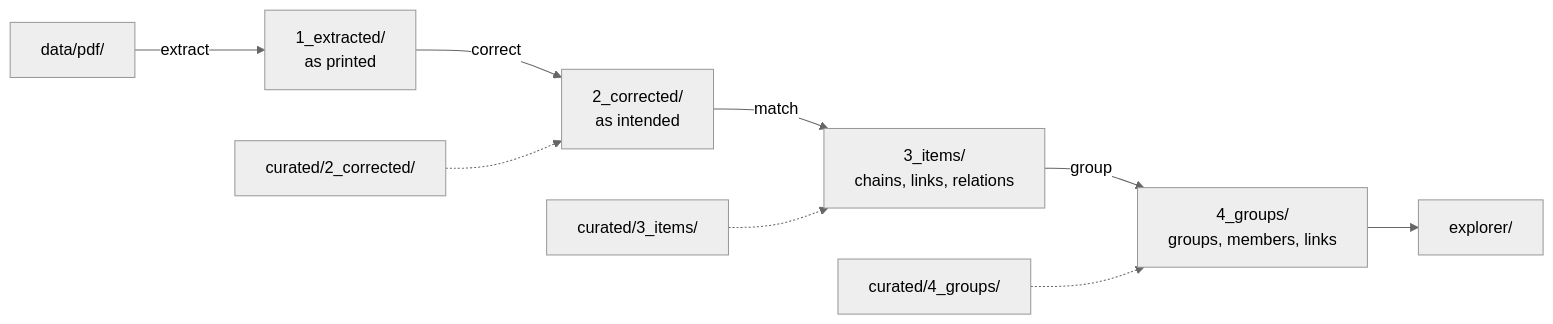
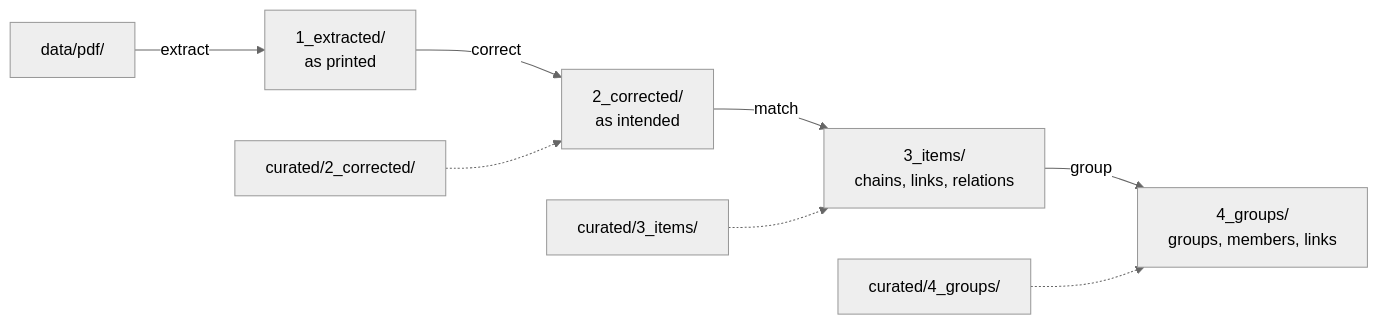
The diagram in docs/contributing.md (Open-Data-for-Iran/HIESIR-Codebook), drawn with Mermaid (neutral theme) before and after one commit. The commit also changed other lines of this file and 15 other files, not shown here.

````diff
--- a/docs/contributing.md
+++ b/docs/contributing.md
@@ -7,11 +7,10 @@
 ```mermaid
 flowchart LR
   pdf["data/pdf/"] -->|extract| ext["1_extracted/<br>as printed"]
   ext -->|correct| cor["2_corrected/<br>as intended"]
   cor -->|match| items["3_items/<br>chains, links, relations"]
   items -->|group| groups["4_groups/<br>groups, members, links"]
-  groups --> exp["explorer/"]
   c2["curated/2_corrected/"] -.-> cor
   c3["curated/3_items/"] -.-> items
   c4["curated/4_groups/"] -.-> groups
 ```
````
